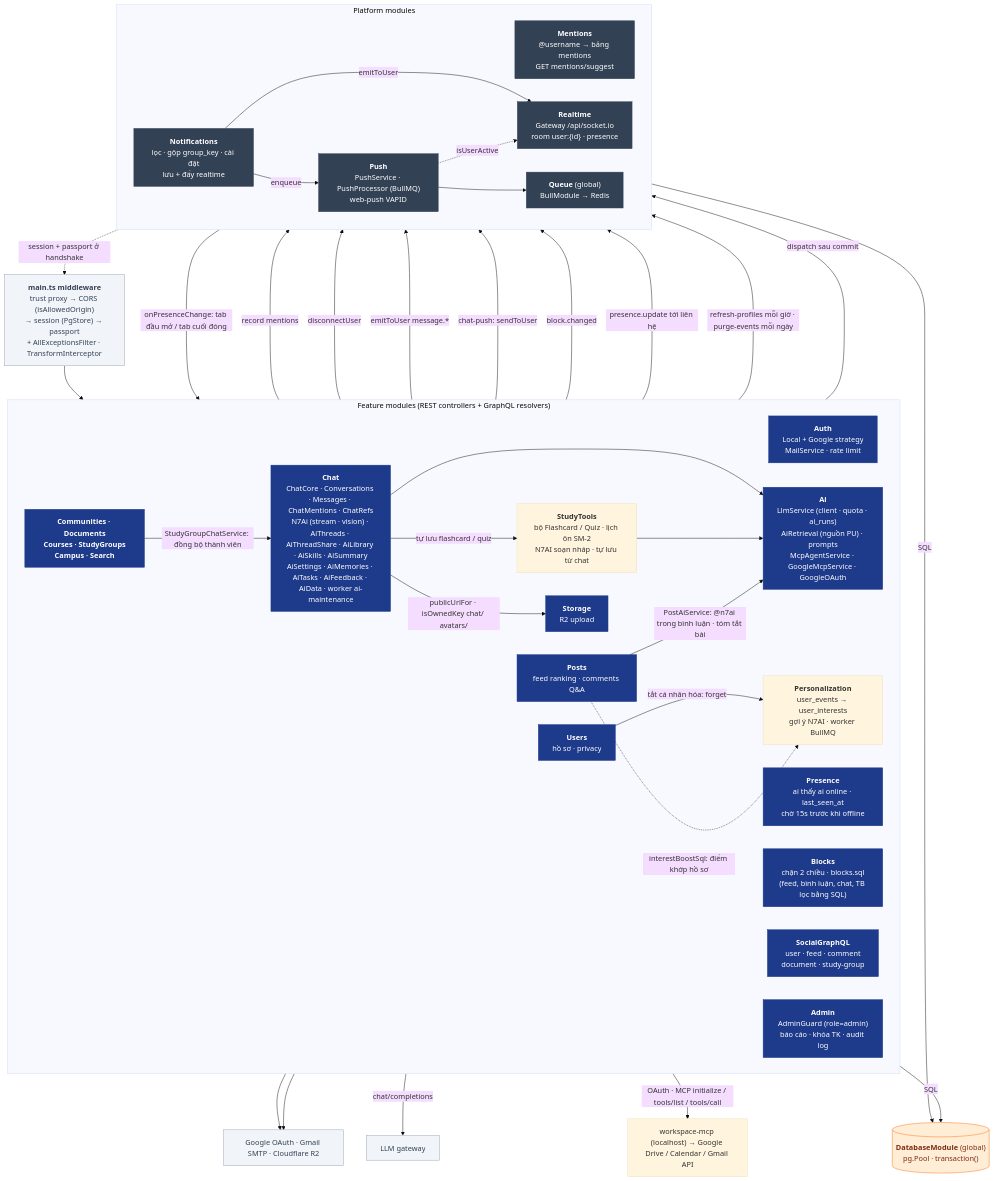
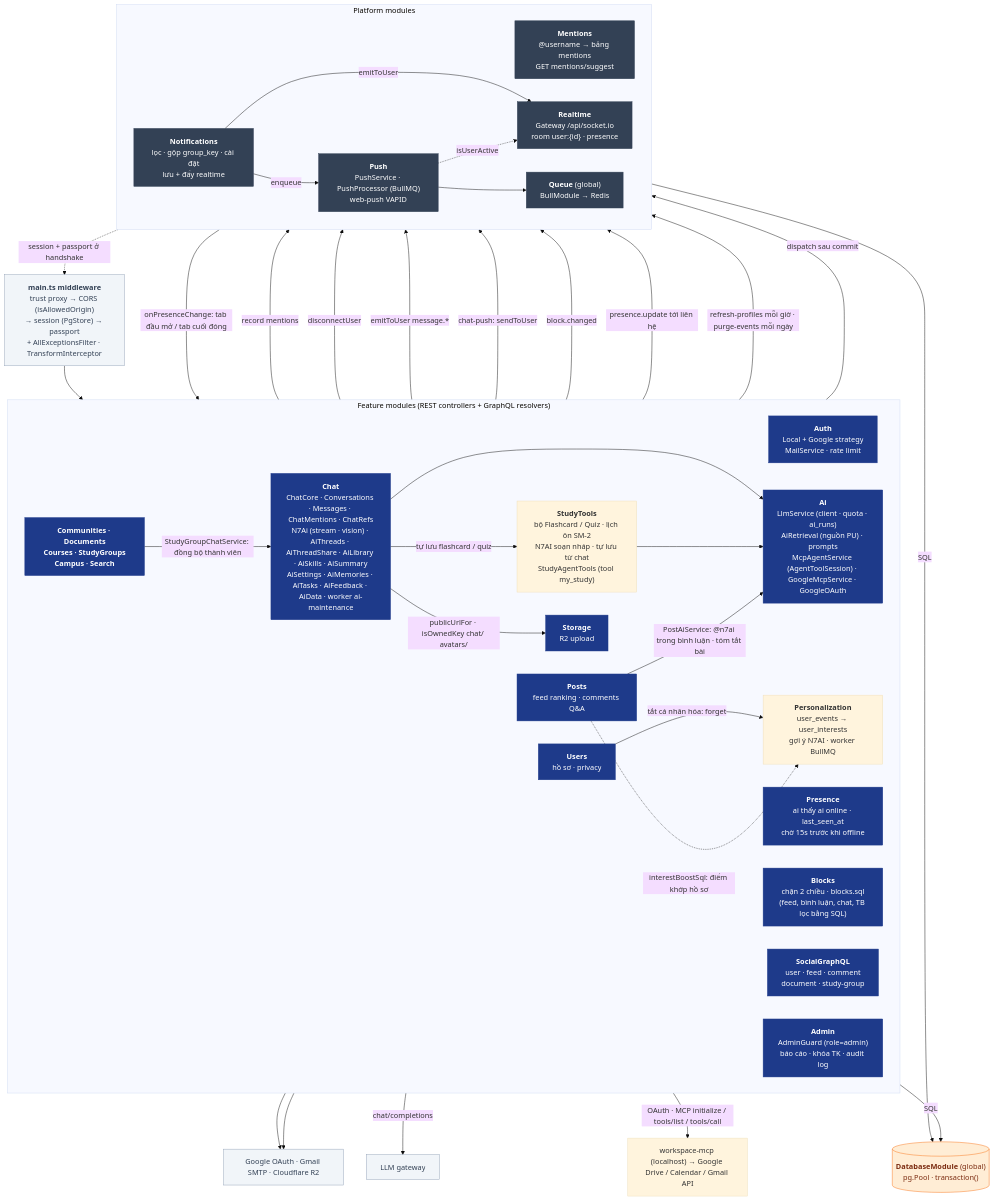
Before and after one commit to nhatcoi/pu-connect: the diagram in docs/diagrams/03-api-components.md, drawn with Mermaid (base theme). The commit also changed other lines of this file and 27 other files, not shown here.

````diff
--- a/docs/diagrams/03-api-components.md
+++ b/docs/diagrams/03-api-components.md
@@ -7,69 +7,69 @@
 ```mermaid
 flowchart TB
   mw["<b>main.ts middleware</b><br/>trust proxy → CORS (isAllowedOrigin)<br/>→ session (PgStore) → passport<br/>+ AllExceptionsFilter · TransformInterceptor"]
 
   subgraph Feature["Feature modules (REST controllers + GraphQL resolvers)"]
     direction LR
     auth["<b>Auth</b><br/>Local + Google strategy<br/>MailService · rate limit"]
     users["<b>Users</b><br/>hồ sơ · privacy"]
     presence["<b>Presence</b><br/>ai thấy ai online · last_seen_at<br/>chờ 15s trước khi offline"]
     blocks["<b>Blocks</b><br/>chặn 2 chiều · blocks.sql<br/>(feed, bình luận, chat, TB lọc bằng SQL)"]
     posts["<b>Posts</b><br/>feed ranking · comments Q&A"]
     gql["<b>SocialGraphQL</b><br/>user · feed · comment<br/>document · study-group"]
     others["<b>Communities · Documents<br/>Courses · StudyGroups<br/>Campus · Search</b>"]
     storage["<b>Storage</b><br/>R2 upload"]
     admin["<b>Admin</b><br/>AdminGuard (role=admin)<br/>báo cáo · khóa TK · audit log"]
     chat["<b>Chat</b><br/>ChatCore · Conversations · Messages · ChatMentions · ChatRefs<br/>N7Ai (stream · vision) · AiThreads · AiThreadShare · AiLibrary · AiSkills · AiSummary<br/>AiSettings · AiMemories · AiTasks · AiFeedback · AiData · worker ai-maintenance"]
-    ai["<b>Ai</b><br/>LlmService (client · quota · ai_runs)<br/>AiRetrieval (nguồn PU) · prompts<br/>McpAgentService · GoogleMcpService · GoogleOAuth"]
+    ai["<b>Ai</b><br/>LlmService (client · quota · ai_runs)<br/>AiRetrieval (nguồn PU) · prompts<br/>McpAgentService (AgentToolSession) · GoogleMcpService · GoogleOAuth"]
     perso["<b>Personalization</b><br/>user_events → user_interests<br/>gợi ý N7AI · worker BullMQ"]
-    tools["<b>StudyTools</b><br/>bộ Flashcard / Quiz · lịch ôn SM-2<br/>N7AI soạn nháp · tự lưu từ chat"]
+    tools["<b>StudyTools</b><br/>bộ Flashcard / Quiz · lịch ôn SM-2<br/>N7AI soạn nháp · tự lưu từ chat<br/>StudyAgentTools (tool my_study)"]
   end
 
   subgraph Platform["Platform modules"]
     direction LR
     mentions["<b>Mentions</b><br/>@username → bảng mentions<br/>GET mentions/suggest"]
     notif["<b>Notifications</b><br/>lọc · gộp group_key · cài đặt<br/>lưu + đẩy realtime"]
     rt["<b>Realtime</b><br/>Gateway /api/socket.io<br/>room user:{id} · presence"]
     push["<b>Push</b><br/>PushService · PushProcessor (BullMQ)<br/>web-push VAPID"]
     queue["<b>Queue</b> (global)<br/>BullModule → Redis"]
   end
 
   db[("<b>DatabaseModule</b> (global)<br/>pg.Pool · transaction()")]
   ext["Google OAuth · Gmail SMTP · Cloudflare R2"]
 
   mw --> Feature
   posts -->|record mentions| mentions
   Feature -->|dispatch sau commit| notif -->|emitToUser| rt
   notif -->|enqueue| push --> queue
   push -. isUserActive .-> rt
   rt -. session + passport ở handshake .-> mw
   Feature -->|SQL| db
   Platform -->|SQL| db
   auth & storage --> ext
   admin -->|disconnectUser| rt
   chat -->|emitToUser message.*| rt
   chat -->|chat-push: sendToUser| push
   chat --> ai
   chat -->|tự lưu flashcard / quiz| tools
   tools --> ai
   posts -->|PostAiService: @n7ai trong bình luận · tóm tắt bài| ai
   ai -->|chat/completions| llm["LLM gateway"]
   ai -->|"OAuth · MCP initialize / tools/list / tools/call"| gdrive["workspace-mcp (localhost) → Google Drive / Calendar / Gmail API"]
   chat -->|publicUrlFor · isOwnedKey chat/ avatars/| storage
   others -->|StudyGroupChatService: đồng bộ thành viên| chat
   blocks -->|block.changed| rt
   rt -->|onPresenceChange: tab đầu mở / tab cuối đóng| presence
   presence -->|presence.update tới liên hệ| rt
   users -->|tắt cá nhân hóa: forget| perso
   perso -->|refresh-profiles mỗi giờ · purge-events mỗi ngày| queue
   posts -. interestBoostSql: điểm khớp hồ sơ .-> perso
 
   classDef mod fill:#1e3a8a,stroke:#1e3a8a,color:#fff
   classDef plat fill:#334155,stroke:#334155,color:#fff
   classDef store fill:#ffedd5,stroke:#f97316,color:#7c2d12
   classDef external fill:#f1f5f9,stroke:#94a3b8,color:#334155
   class auth,users,blocks,presence,ai,posts,communities,others,storage,gql,admin,chat mod
   class mentions,notif,rt,push,queue plat
   class db store
   class ext,mw,llm external
 ```
````
